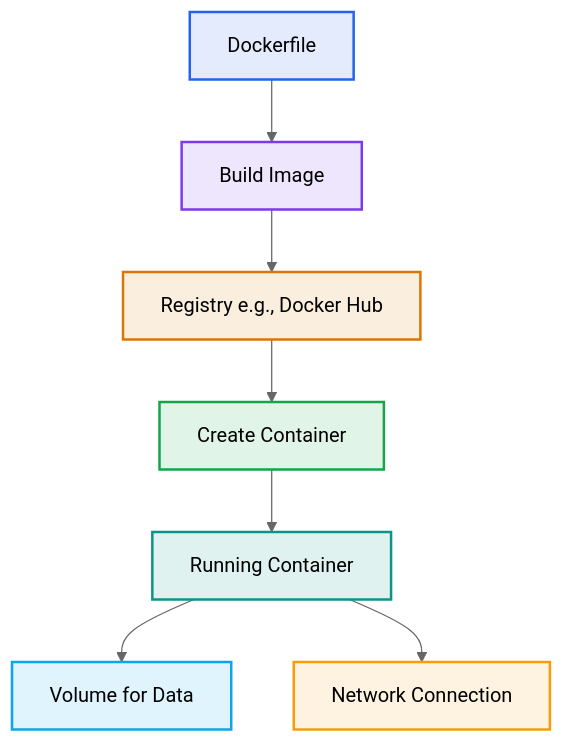
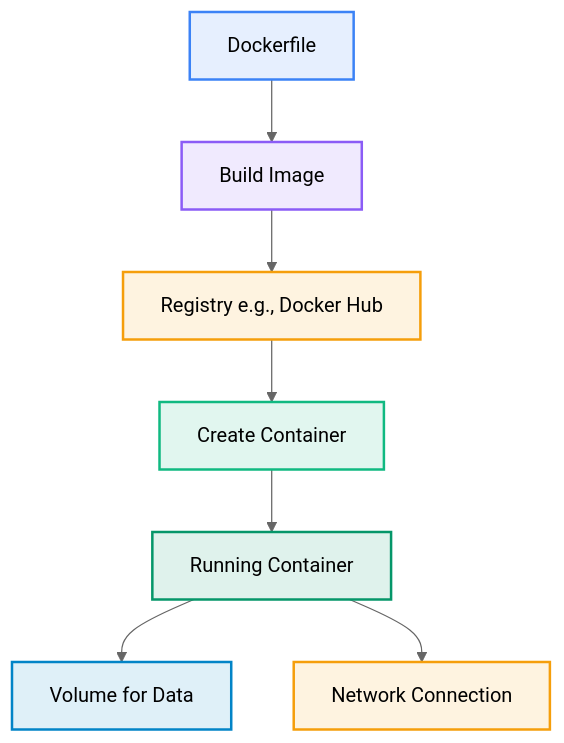
One commit to MadeInShineA/hei-course-summaries changed the second of 5 diagrams in 302.1-data-computation/docker.md. Above: the diagram before and after it, drawn with Mermaid (neutral theme). The commit also changed other lines of this file and 2 other files, not shown here.

Commit message:
Updated mermaid graphs colors

````diff
--- a/302.1-data-computation/docker.md
+++ b/302.1-data-computation/docker.md
@@ -142,17 +142,17 @@
 ```mermaid
 flowchart TD
     DF[Dockerfile] --> BI[Build Image]
     BI --> R[Registry e.g., Docker Hub]
     R --> CR[Create Container]
     CR --> CN[Running Container]
     CN --> V[Volume for Data]
     CN --> N[Network Connection]
     
-    style DF fill:#2563eb20,stroke:#2563eb,stroke-width:2px
-    style BI fill:#7c3aed20,stroke:#7c3aed,stroke-width:2px
-    style R fill:#d9770620,stroke:#d97706,stroke-width:2px
-    style CR fill:#16a34a20,stroke:#16a34a,stroke-width:2px
-    style CN fill:#0d948820,stroke:#0d9488,stroke-width:2px
-    style V fill:#0ea5e920,stroke:#0ea5e9,stroke-width:2px
+    style DF fill:#3b82f620,stroke:#3b82f6,stroke-width:2px
+    style BI fill:#8b5cf620,stroke:#8b5cf6,stroke-width:2px
+    style R fill:#f59e0b20,stroke:#f59e0b,stroke-width:2px
+    style CR fill:#10b98120,stroke:#10b981,stroke-width:2px
+    style CN fill:#05966920,stroke:#059669,stroke-width:2px
+    style V fill:#0284c720,stroke:#0284c7,stroke-width:2px
     style N fill:#f59e0b20,stroke:#f59e0b,stroke-width:2px
 ```
````
